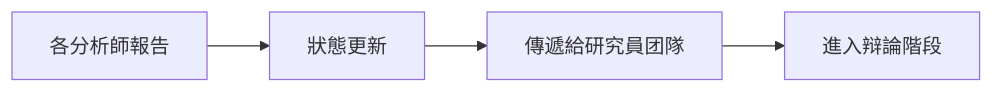
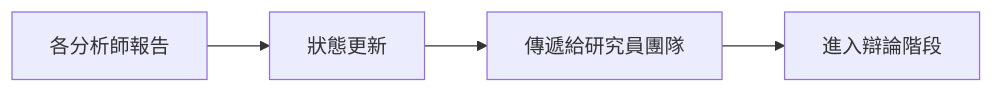
The third of 3 diagrams in docs/agents/v0.1.13/analysts.md (aiinpocket/TradingAgents-CN), drawn with Mermaid before and after one commit. The commit also changed other lines of this file and 277 other files, not shown here.

````diff
--- a/docs/agents/v0.1.13/analysts.md
+++ b/docs/agents/v0.1.13/analysts.md
@@ -236,6 +210,6 @@
 ```mermaid
 graph LR
     A[各分析師報告] --> B[狀態更新]
-    B --> C[傳遞給研究員团隊]
-    C --> D[進入辩論階段]
+    B --> C[傳遞給研究員團隊]
+    C --> D[進入辯論階段]
 ```
````
